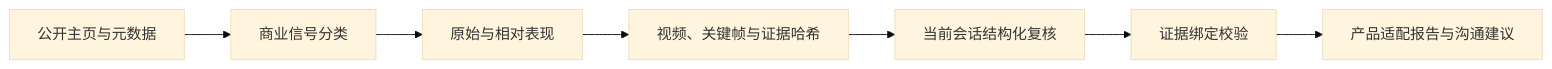
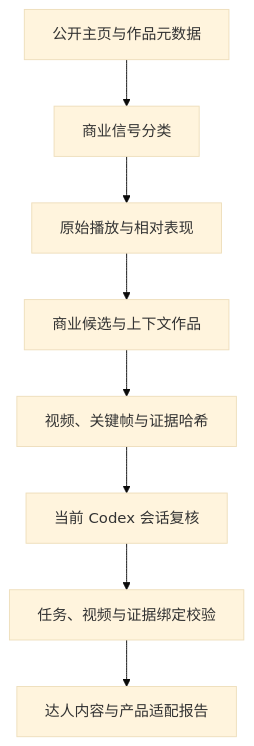
Before and after one commit to h296025733-sys/tiktok-creator-intelligence: the diagram in README.md, drawn with Mermaid (base theme). The commit also changed other lines of this file, not shown here.

````diff
--- a/README.md
+++ b/README.md
@@ -11,9 +37,10 @@
 ```mermaid
-flowchart LR
-    A["公开主页与元数据"] --> B["商业信号分类"]
-    B --> C["原始与相对表现"]
-    C --> D["视频、关键帧与证据哈希"]
-    D --> E["当前会话结构化复核"]
-    E --> F["证据绑定校验"]
-    F --> G["产品适配报告与沟通建议"]
+flowchart TD
+    A["公开主页与作品元数据"] --> B["商业信号分类"]
+    B --> C["原始播放与相对表现"]
+    C --> D["商业候选与上下文作品"]
+    D --> E["视频、关键帧与证据哈希"]
+    E --> F["当前 Codex 会话复核"]
+    F --> G["任务、视频与证据绑定校验"]
+    G --> H["达人内容与产品适配报告"]
 ```
````
